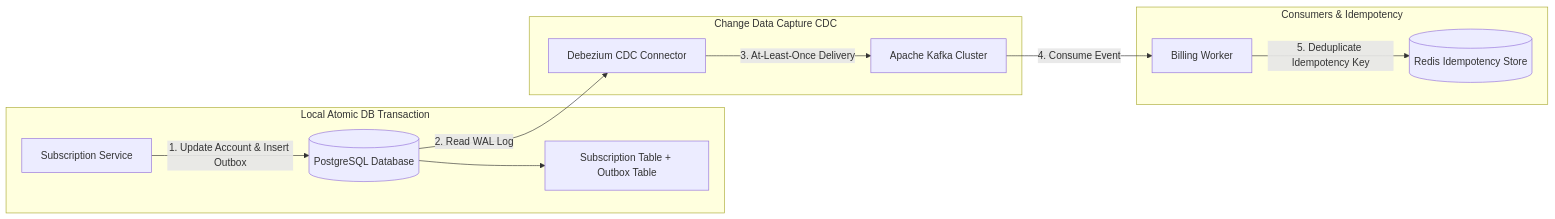
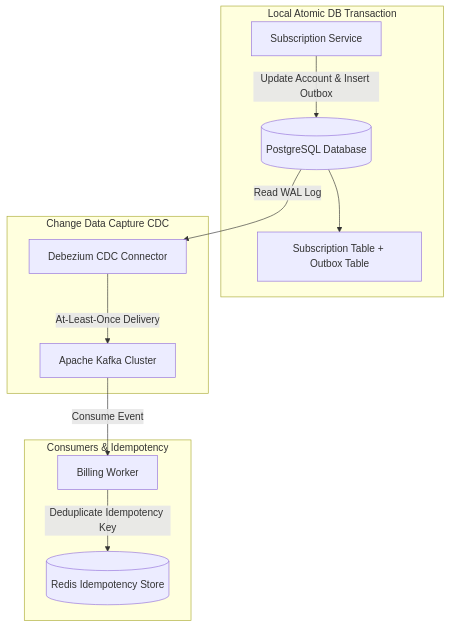
One commit to akmalkhaniub/akmalkhaniub.github.io changed the fourth of 4 diagrams in blog/posts/distributed-transactions-evolution-present-truetime-multi-raft-sagas-uber-netflix.md. Above: the diagram before and after it, drawn with Mermaid. The commit also changed other lines of this file and 411 other files, not shown here.

````diff
--- a/blog/posts/distributed-transactions-evolution-present-truetime-multi-raft-sagas-uber-netflix.md
+++ b/blog/posts/distributed-transactions-evolution-present-truetime-multi-raft-sagas-uber-netflix.md
@@ -133,17 +133,17 @@
 ```mermaid
-graph LR
+flowchart TD
   subgraph SG2_LocalAtomicDb ["Local Atomic DB Transaction"]
-    Service[Subscription Service] -->|1. Update Account & Insert Outbox| DB[(PostgreSQL Database)]
+    Service[Subscription Service] -->|Update Account & Insert Outbox| DB[(PostgreSQL Database)]
     DB --> Tables[Subscription Table + Outbox Table]
   end
   
   subgraph SG3_ChangeDataCapture ["Change Data Capture CDC"]
-    DB -->|2. Read WAL Log| Debezium[Debezium CDC Connector]
-    Debezium -->|3. At-Least-Once Delivery| Kafka[Apache Kafka Cluster]
+    DB -->|Read WAL Log| Debezium[Debezium CDC Connector]
+    Debezium -->|At-Least-Once Delivery| Kafka[Apache Kafka Cluster]
   end
   
   subgraph SG4_ConsumersIdempotency ["Consumers & Idempotency"]
-    Kafka -->|4. Consume Event| BillingWorker[Billing Worker]
-    BillingWorker -->|5. Deduplicate Idempotency Key| Redis[(Redis Idempotency Store)]
+    Kafka -->|Consume Event| BillingWorker[Billing Worker]
+    BillingWorker -->|Deduplicate Idempotency Key| Redis[(Redis Idempotency Store)]
   end
 ```
````
